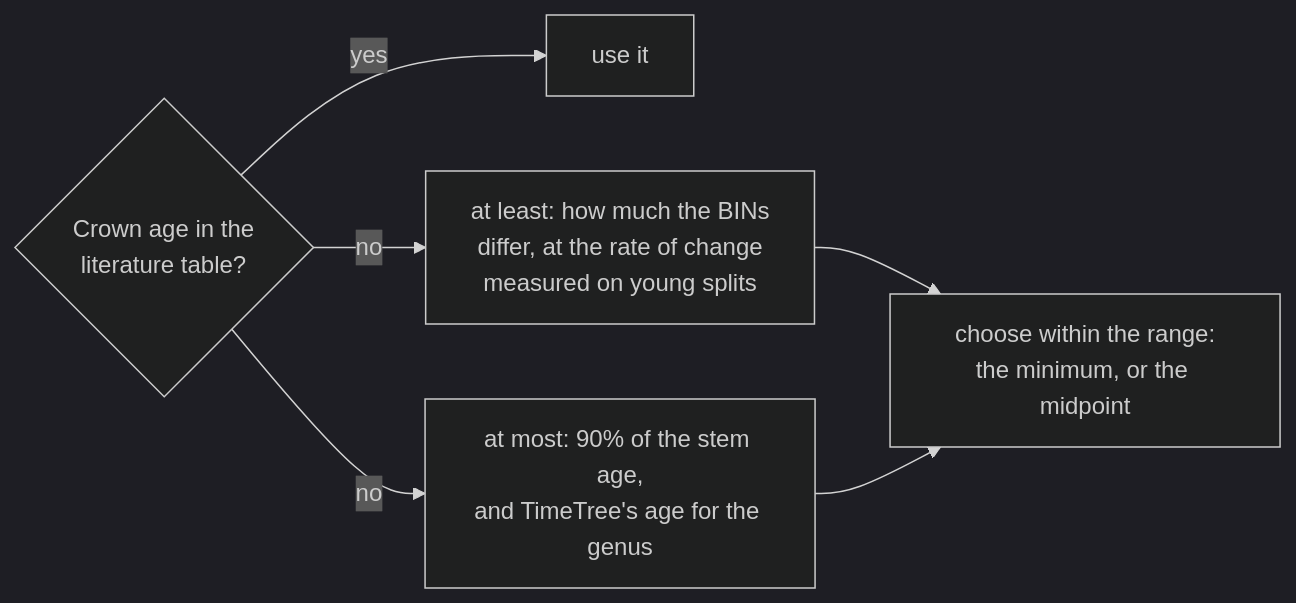
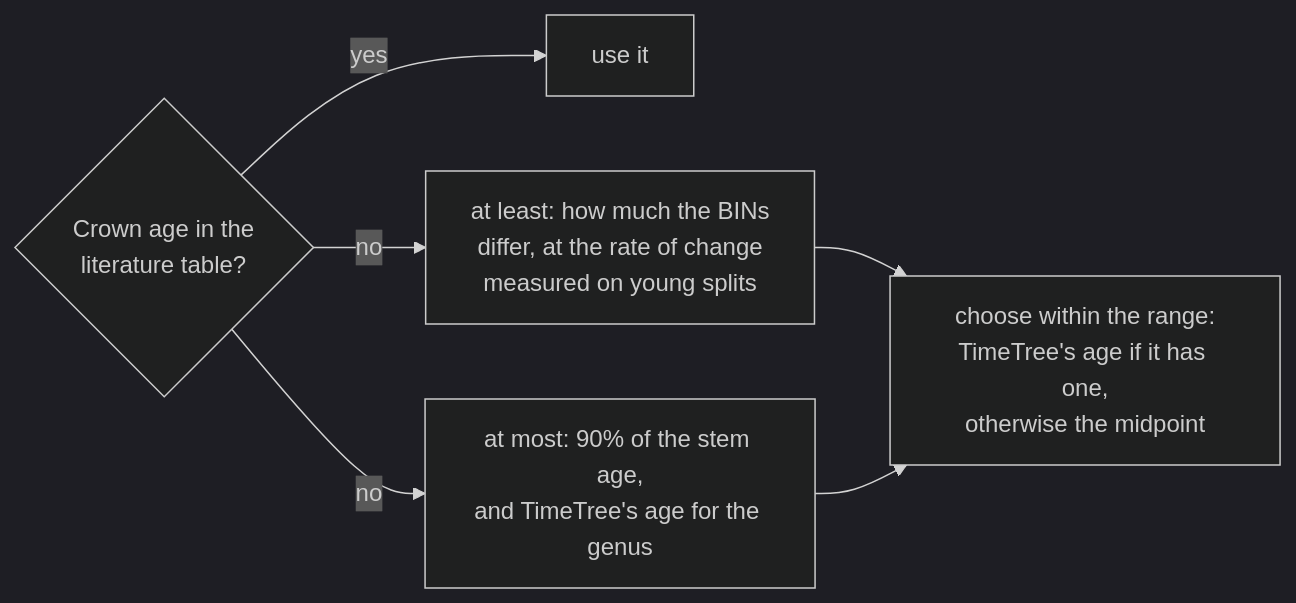
One commit to naturalis/timegraft changed the third of 5 diagrams in docs/science/how-it-works.md. Above: the diagram before and after it, drawn with Mermaid (dark theme). The commit also changed other lines of this file and 11 other files, not shown here.

First line of the commit message:
Crown age: TimeTree where available, midpoint otherwise (#42)

````diff
--- a/docs/science/how-it-works.md
+++ b/docs/science/how-it-works.md
@@ -66,8 +66,8 @@
 ```mermaid
 flowchart LR
     q{"Crown age in the<br/>literature table?"} -->|"yes"| use1["use it"]
     q -->|"no"| low["at least: how much the BINs<br/>differ, at the rate of change<br/>measured on young splits"]
     q -->|"no"| up["at most: 90% of the stem age,<br/>and TimeTree's age for the genus"]
-    low --> pick["choose within the range:<br/>the minimum, or the midpoint"]
+    low --> pick["choose within the range:<br/>TimeTree's age if it has one,<br/>otherwise the midpoint"]
     up --> pick
 ```
````
